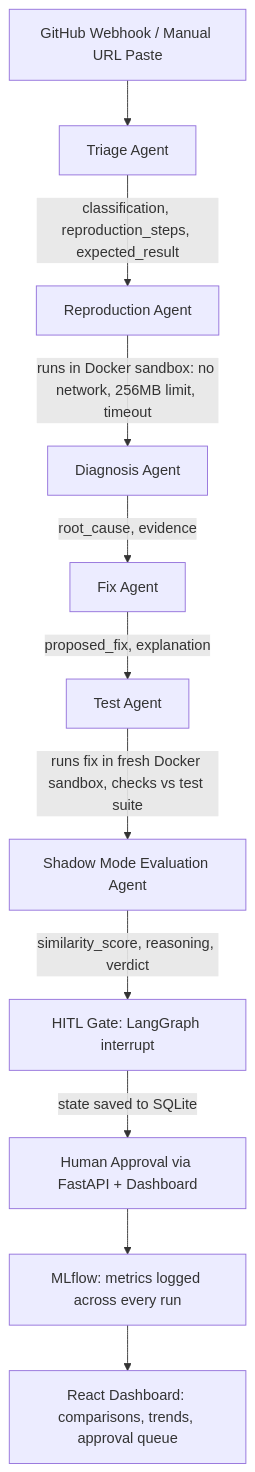
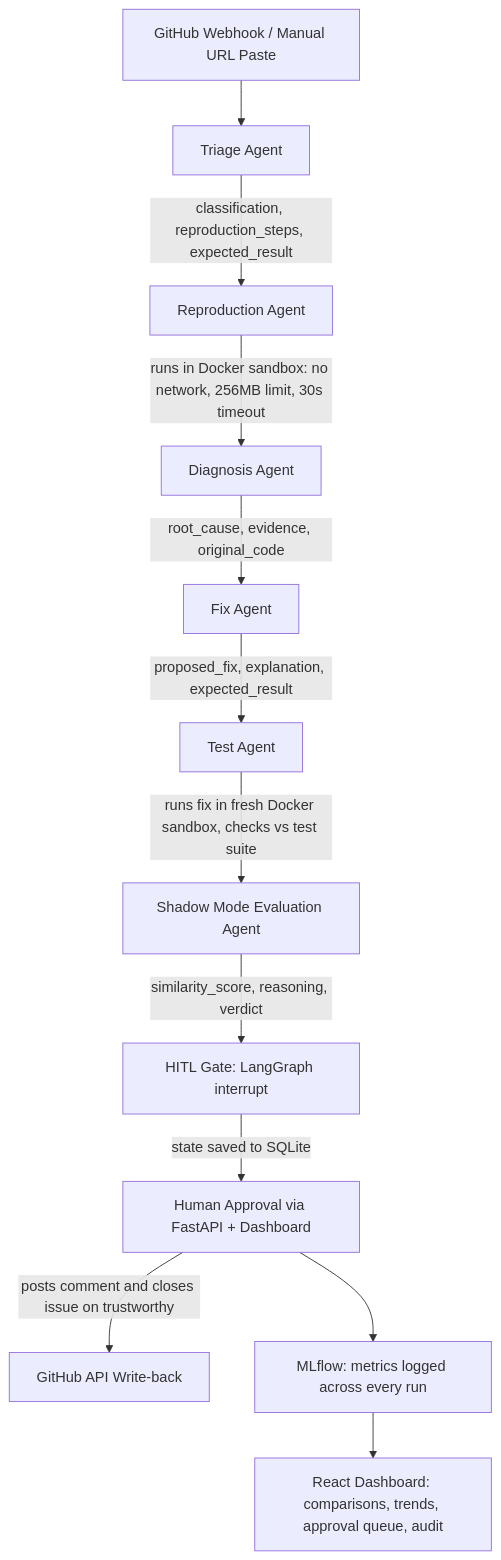
One commit to YashPardeshix/huginn changed the diagram in README.md. Above: the diagram before and after it, drawn with Mermaid. The commit also changed other lines of this file and 17 other files, not shown here.

Commit message:
Update README with verified real results: 20 runs, 0.87 avg similarity, 80% trustworthy rate

````diff
--- a/README.md
+++ b/README.md
@@ -15,13 +15,14 @@
 ```mermaid
 graph TD
     A[GitHub Webhook / Manual URL Paste] --> B[Triage Agent]
     B -->|classification, reproduction_steps, expected_result| C[Reproduction Agent]
-    C -->|runs in Docker sandbox: no network, 256MB limit, timeout| D[Diagnosis Agent]
-    D -->|root_cause, evidence| E[Fix Agent]
-    E -->|proposed_fix, explanation| F[Test Agent]
+    C -->|runs in Docker sandbox: no network, 256MB limit, 30s timeout| D[Diagnosis Agent]
+    D -->|root_cause, evidence, original_code| E[Fix Agent]
+    E -->|proposed_fix, explanation, expected_result| F[Test Agent]
     F -->|runs fix in fresh Docker sandbox, checks vs test suite| G[Shadow Mode Evaluation Agent]
     G -->|similarity_score, reasoning, verdict| H[HITL Gate: LangGraph interrupt]
     H -->|state saved to SQLite| I[Human Approval via FastAPI + Dashboard]
-    I --> J[MLflow: metrics logged across every run]
-    J --> K[React Dashboard: comparisons, trends, approval queue]
+    I -->|posts comment and closes issue on trustworthy| J[GitHub API Write-back]
+    I --> K[MLflow: metrics logged across every run]
+    K --> L[React Dashboard: comparisons, trends, approval queue, audit]
 ```
````
